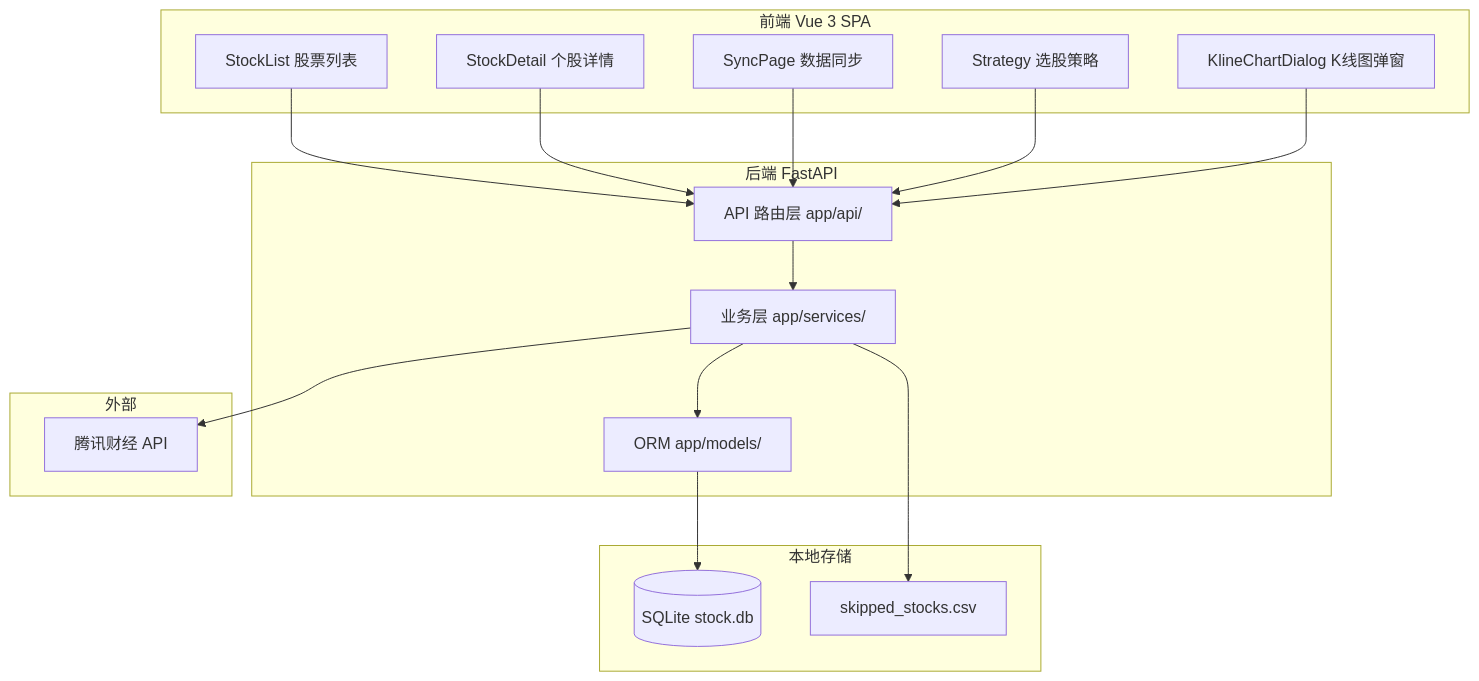
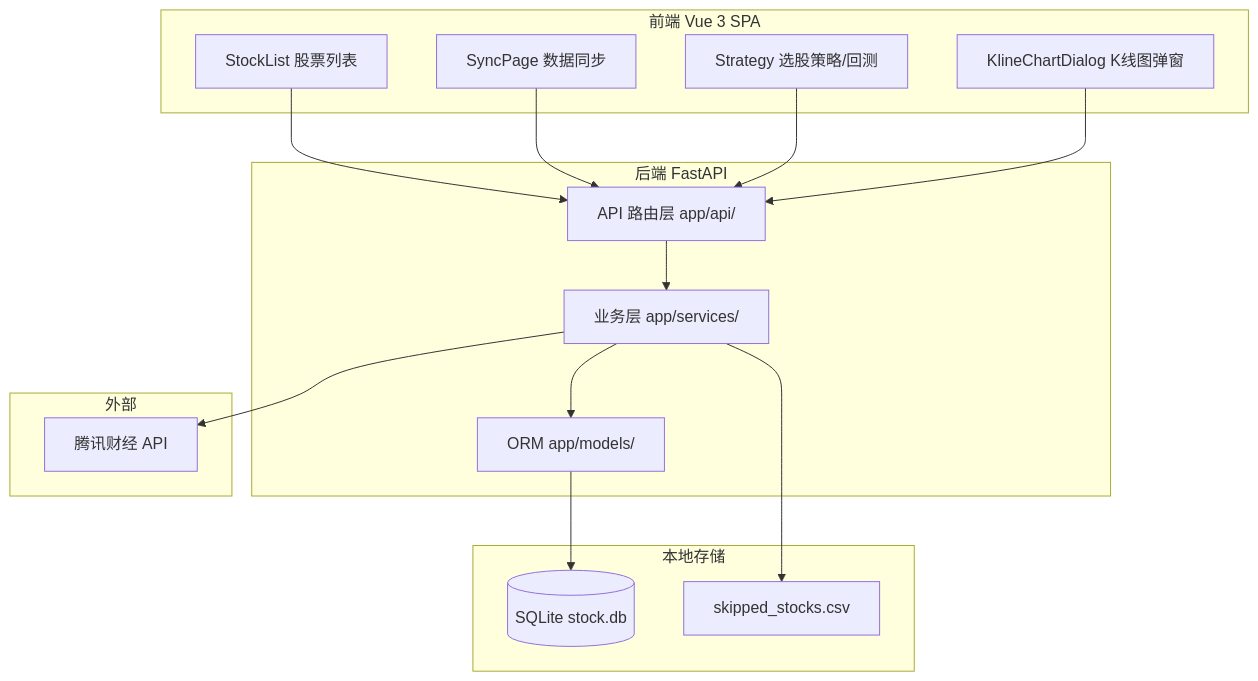
The first of 2 diagrams in docs/PROJECT_CONTEXT.md (Ten2016/Stock_selection_system), drawn with Mermaid before and after one commit. The commit also changed other lines of this file and 33 other files, not shown here.

````diff
--- a/docs/PROJECT_CONTEXT.md
+++ b/docs/PROJECT_CONTEXT.md
@@ -98,33 +107,32 @@
 ```mermaid
 flowchart TB
     subgraph Frontend["前端 Vue 3 SPA"]
         SL[StockList 股票列表]
-        SD[StockDetail 个股详情]
         SP[SyncPage 数据同步]
-        ST[Strategy 选股策略]
+        ST[Strategy 选股策略/回测]
         KC[KlineChartDialog K线图弹窗]
     end
 
     subgraph Backend["后端 FastAPI"]
         API["API 路由层 app/api/"]
         SVC["业务层 app/services/"]
         ORM["ORM app/models/"]
     end
 
     subgraph External["外部"]
         TENCENT["腾讯财经 API"]
     end
 
     subgraph Storage["本地存储"]
         DB[(SQLite stock.db)]
         CSV[skipped_stocks.csv]
     end
 
-    SL & SD & SP & ST --> API
+    SL & SP & ST --> API
     KC --> API
     API --> SVC
     SVC --> ORM
     ORM --> DB
     SVC --> TENCENT
     SVC --> CSV
 ```
````
